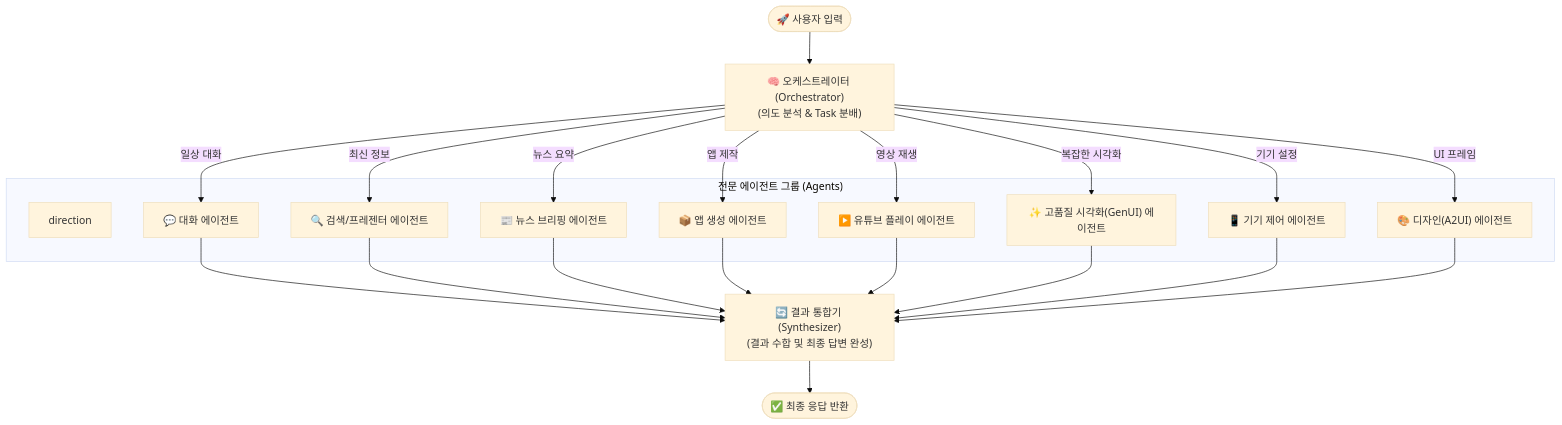
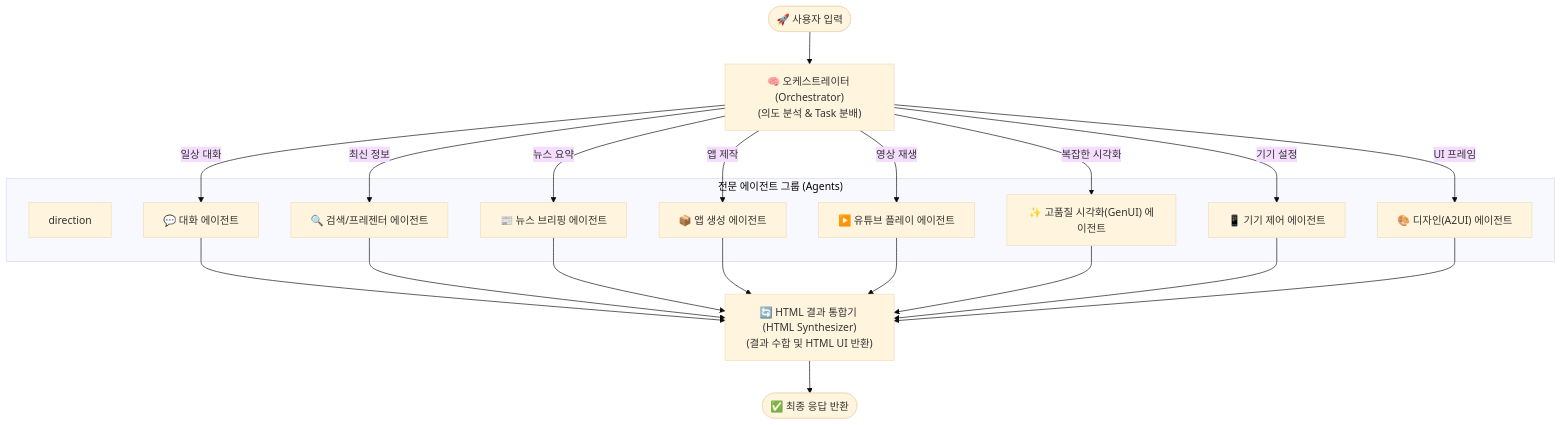
Before and after one commit to shyunMin/tizen-home-agent: the first of 3 diagrams in README.md, drawn with Mermaid (base theme). The commit also changed other lines of this file and 2 other files, not shown here.

Commit message:
Refactor synthesizer_node to html_synthesizer_node and return pure HTML in ui_code

````diff
--- a/README.md
+++ b/README.md
@@ -18,36 +18,36 @@
 ```mermaid
 graph TD
     START([🚀 사용자 입력]) --> Orchestrator["🧠 오케스트레이터 (Orchestrator)\n(의도 분석 & Task 분배)"]
     
     subgraph Agents ["전문 에이전트 그룹 (Agents)"]
         direction 
         ChatAgent["💬 대화 에이전트"]
         SearchAgent["🔍 검색/프레젠터 에이전트"]
         BriefingAgent["📰 뉴스 브리핑 에이전트"]
         AppGenAgent["📦 앱 생성 에이전트"]
         YouTubeAgent["▶️ 유튜브 플레이 에이전트"]
         GenUIAgent["✨ 고품질 시각화(GenUI) 에이전트"]
         DeviceAgent["📱 기기 제어 에이전트"]
         DesignAgent["🎨 디자인(A2UI) 에이전트"]
     end
     
     Orchestrator -->|일상 대화| ChatAgent
     Orchestrator -->|최신 정보| SearchAgent
     Orchestrator -->|뉴스 요약| BriefingAgent
     Orchestrator -->|앱 제작| AppGenAgent
     Orchestrator -->|영상 재생| YouTubeAgent
     Orchestrator -->|복잡한 시각화| GenUIAgent
     Orchestrator -->|기기 설정| DeviceAgent
     Orchestrator -->|UI 프레임| DesignAgent
     
-    ChatAgent --> Synthesizer
-    SearchAgent --> Synthesizer
-    BriefingAgent --> Synthesizer
-    AppGenAgent --> Synthesizer
-    YouTubeAgent --> Synthesizer
-    GenUIAgent --> Synthesizer
-    DeviceAgent --> Synthesizer
-    DesignAgent --> Synthesizer
+    ChatAgent --> HTMLSynthesizer
+    SearchAgent --> HTMLSynthesizer
+    BriefingAgent --> HTMLSynthesizer
+    AppGenAgent --> HTMLSynthesizer
+    YouTubeAgent --> HTMLSynthesizer
+    GenUIAgent --> HTMLSynthesizer
+    DeviceAgent --> HTMLSynthesizer
+    DesignAgent --> HTMLSynthesizer
     
-    Synthesizer["🔄 결과 통합기 (Synthesizer)\n(결과 수합 및 최종 답변 완성)"] --> END([✅ 최종 응답 반환])
+    HTMLSynthesizer["🔄 HTML 결과 통합기 (HTML Synthesizer)\n(결과 수합 및 HTML UI 반환)"] --> END([✅ 최종 응답 반환])
 ```
````
